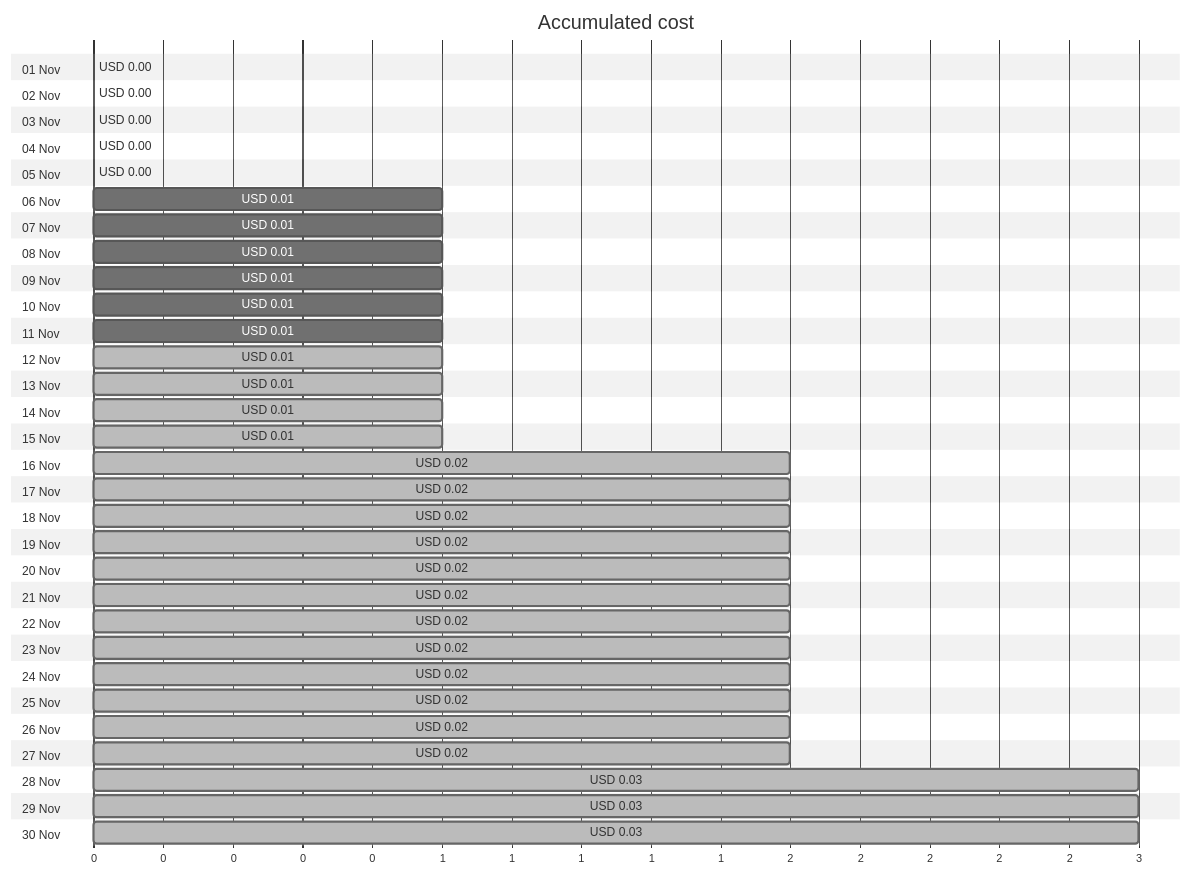
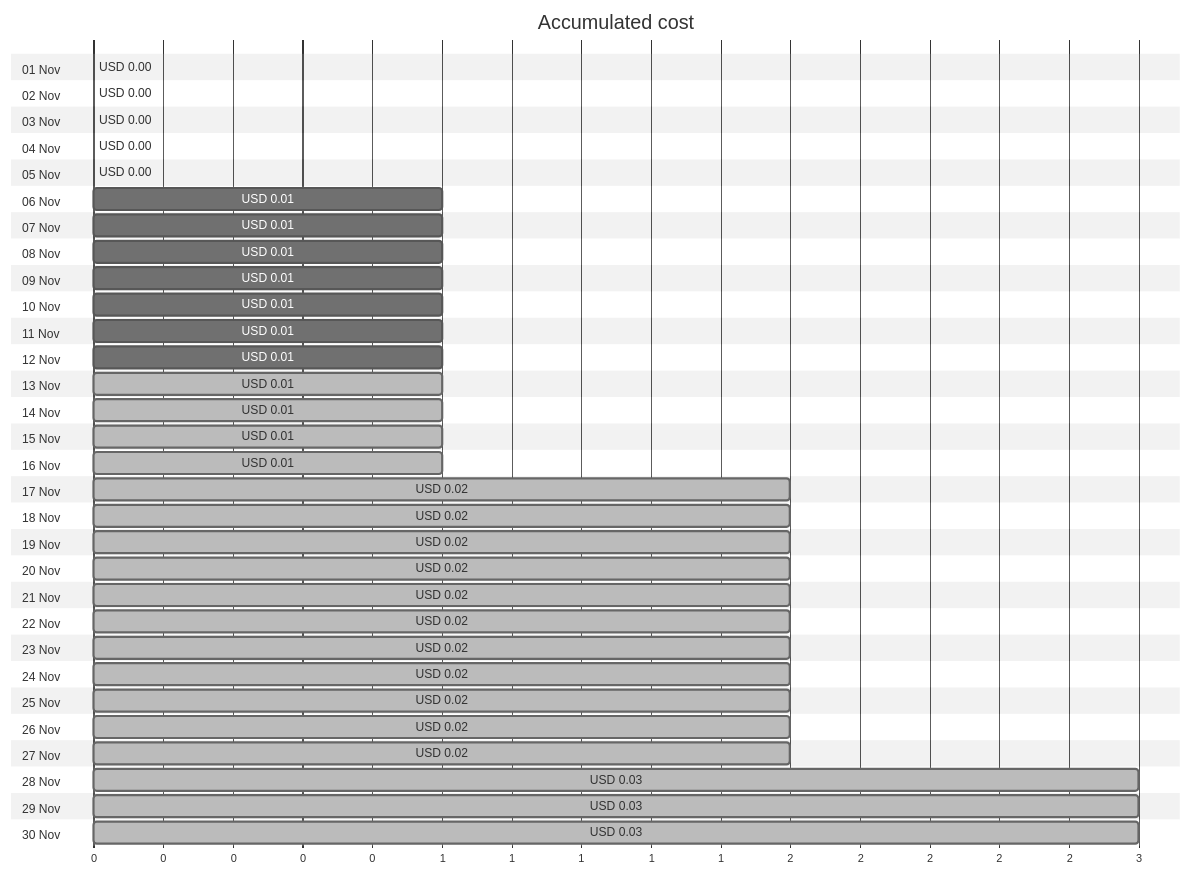
Before and after one commit to jpfulton/azure-personal-reports: the first of 4 diagrams in cost-reports/personal-site/personalsiteapipreview.md, drawn with Mermaid (neutral theme). The commit also changed other lines of this file and 6 other files, not shown here.

````diff
--- a/cost-reports/personal-site/personalsiteapipreview.md
+++ b/cost-reports/personal-site/personalsiteapipreview.md
@@ -20,66 +20,66 @@
 ```mermaid
 gantt
    title Accumulated cost
    dateFormat  X
    axisFormat %s
    section 01 Nov
    USD 0.00 :0, 0
    section 02 Nov
    USD 0.00 :0, 0
    section 03 Nov
    USD 0.00 :0, 0
    section 04 Nov
    USD 0.00 :0, 0
    section 05 Nov
    USD 0.00 :0, 0
    section 06 Nov
    USD 0.01 :0, 1
    section 07 Nov
    USD 0.01 :0, 1
    section 08 Nov
    USD 0.01 :0, 1
    section 09 Nov
    USD 0.01 :0, 1
    section 10 Nov
    USD 0.01 :0, 1
    section 11 Nov
    USD 0.01 :0, 1
    section 12 Nov
-   USD 0.01 : done, 0, 1
+   USD 0.01 :0, 1
    section 13 Nov
    USD 0.01 : done, 0, 1
    section 14 Nov
    USD 0.01 : done, 0, 1
    section 15 Nov
    USD 0.01 : done, 0, 1
    section 16 Nov
-   USD 0.02 : done, 0, 2
+   USD 0.01 : done, 0, 1
    section 17 Nov
    USD 0.02 : done, 0, 2
    section 18 Nov
    USD 0.02 : done, 0, 2
    section 19 Nov
    USD 0.02 : done, 0, 2
    section 20 Nov
    USD 0.02 : done, 0, 2
    section 21 Nov
    USD 0.02 : done, 0, 2
    section 22 Nov
    USD 0.02 : done, 0, 2
    section 23 Nov
    USD 0.02 : done, 0, 2
    section 24 Nov
    USD 0.02 : done, 0, 2
    section 25 Nov
    USD 0.02 : done, 0, 2
    section 26 Nov
    USD 0.02 : done, 0, 2
    section 27 Nov
    USD 0.02 : done, 0, 2
    section 28 Nov
    USD 0.03 : done, 0, 3
    section 29 Nov
    USD 0.03 : done, 0, 3
    section 30 Nov
    USD 0.03 : done, 0, 3
 ```
````
